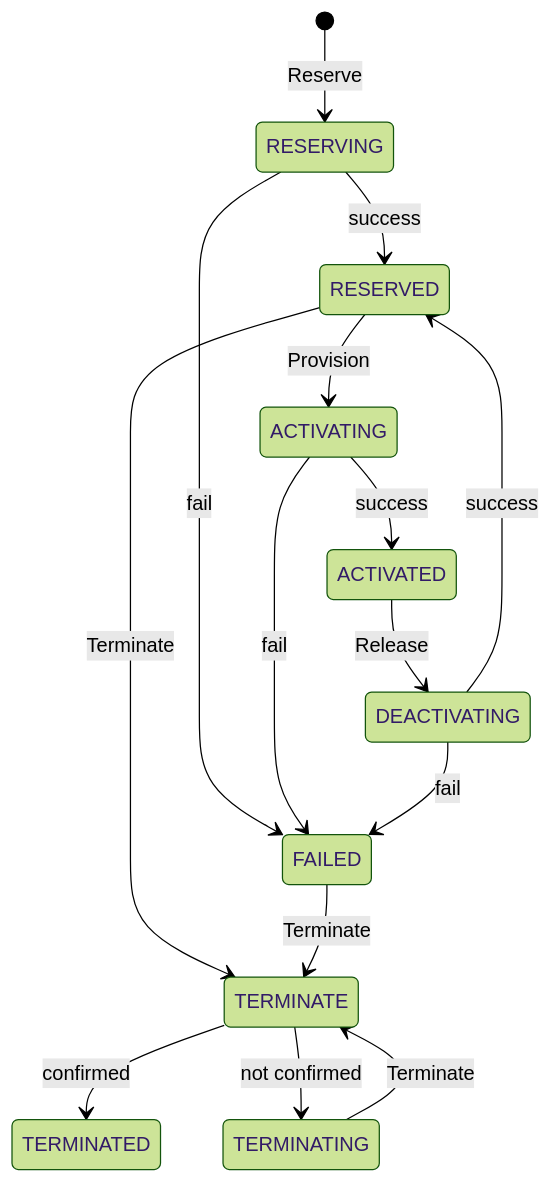
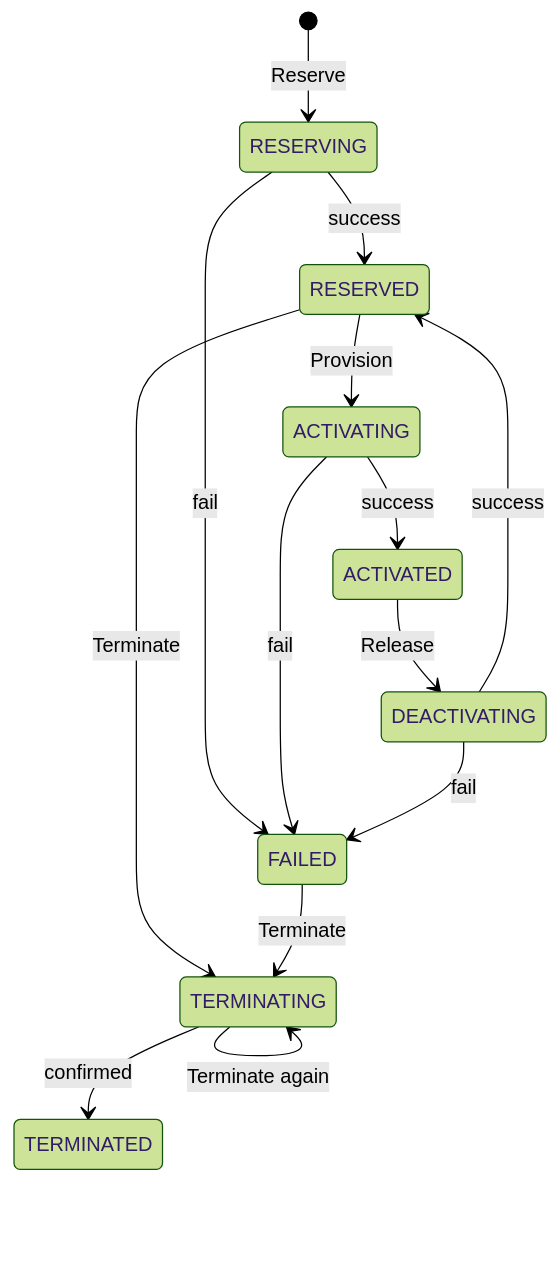
One commit to workfloworchestrator/nsi-aggregator-proxy changed the first of 6 diagrams in README.md. Above: the diagram before and after it, drawn with Mermaid (forest theme). The commit also changed other lines of this file and 3 other files, not shown here.

First line of the commit message:
Pass every terminate through TERMINATING

````diff
--- a/README.md
+++ b/README.md
@@ -57,21 +57,19 @@
 ```mermaid
 stateDiagram-v2
     [*] --> RESERVING : Reserve
     state RESERVING <<choice>>
     RESERVING --> RESERVED : success
     RESERVING --> FAILED : fail
     RESERVED --> ACTIVATING : Provision
     state ACTIVATING <<choice>>
     ACTIVATING --> ACTIVATED : success
     ACTIVATING --> FAILED : fail
     ACTIVATED --> DEACTIVATING : Release
     state DEACTIVATING <<choice>>
     DEACTIVATING --> RESERVED : success
     DEACTIVATING --> FAILED : fail
-    RESERVED --> TERMINATE : Terminate
-    FAILED --> TERMINATE : Terminate
-    state TERMINATE <<choice>>
-    TERMINATE --> TERMINATED : confirmed
-    TERMINATE --> TERMINATING : not confirmed
-    TERMINATING --> TERMINATE : Terminate
+    RESERVED --> TERMINATING : Terminate
+    FAILED --> TERMINATING : Terminate
+    TERMINATING --> TERMINATED : confirmed
+    TERMINATING --> TERMINATING : Terminate again
 ```
````
